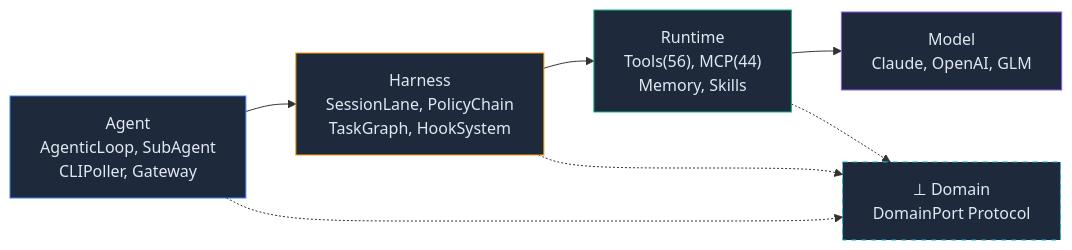
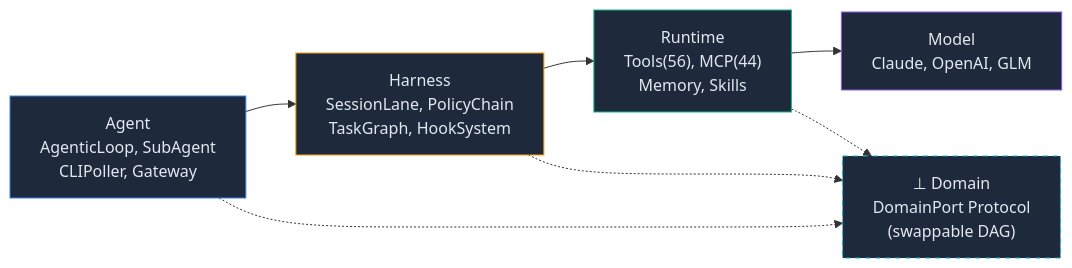
One commit to mangowhoiscloud/geode changed the diagram in README.ko.md. Above: the diagram before and after it, drawn with Mermaid. The commit also changed other lines of this file and 1 other file, not shown here.

First line of the commit message:
docs: README onboarding rewrite — subscription-first, troubleshooting inline, swappable DAG framing

````diff
--- a/README.ko.md
+++ b/README.ko.md
@@ -240,16 +264,16 @@
 ```mermaid
 graph LR
     AG["Agent<br/>AgenticLoop, SubAgent<br/>CLIPoller, Gateway"] --> HA["Harness<br/>SessionLane, PolicyChain<br/>TaskGraph, HookSystem"]
     HA --> RT["Runtime<br/>Tools(56), MCP(44)<br/>Memory, Skills"]
     RT --> MD["Model<br/>Claude, OpenAI, GLM"]
 
-    AG -.-> DP["⊥ Domain<br/>DomainPort Protocol"]
+    AG -.-> DP["⊥ Domain<br/>DomainPort Protocol<br/>(swappable DAG)"]
     HA -.-> DP
     RT -.-> DP
 
     style AG fill:#1e293b,stroke:#3b82f6,color:#e2e8f0
     style HA fill:#1e293b,stroke:#f59e0b,color:#e2e8f0
     style RT fill:#1e293b,stroke:#10b981,color:#e2e8f0
     style MD fill:#1e293b,stroke:#8b5cf6,color:#e2e8f0
     style DP fill:#1e293b,stroke:#06b6d4,color:#e2e8f0,stroke-dasharray: 5 5
 ```
````
